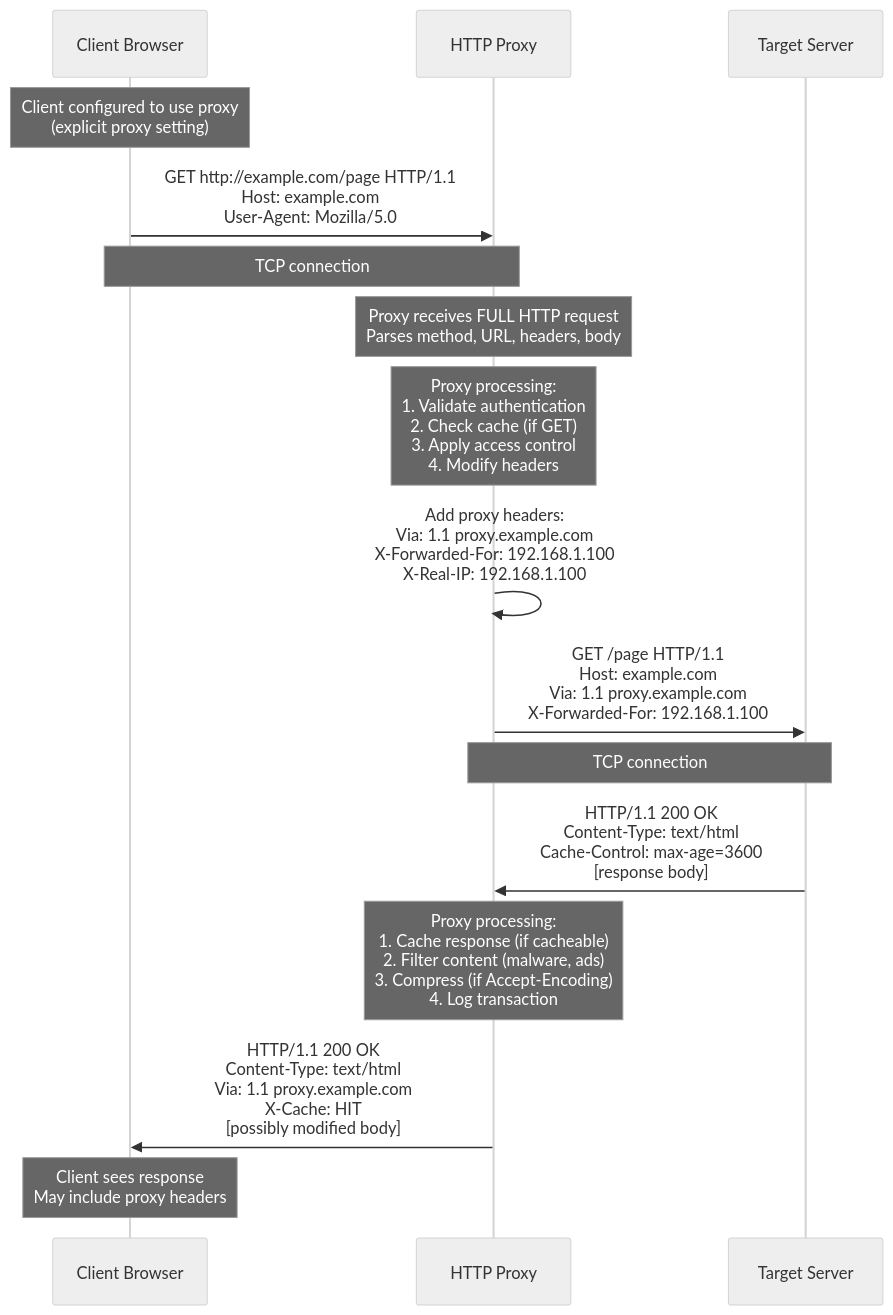
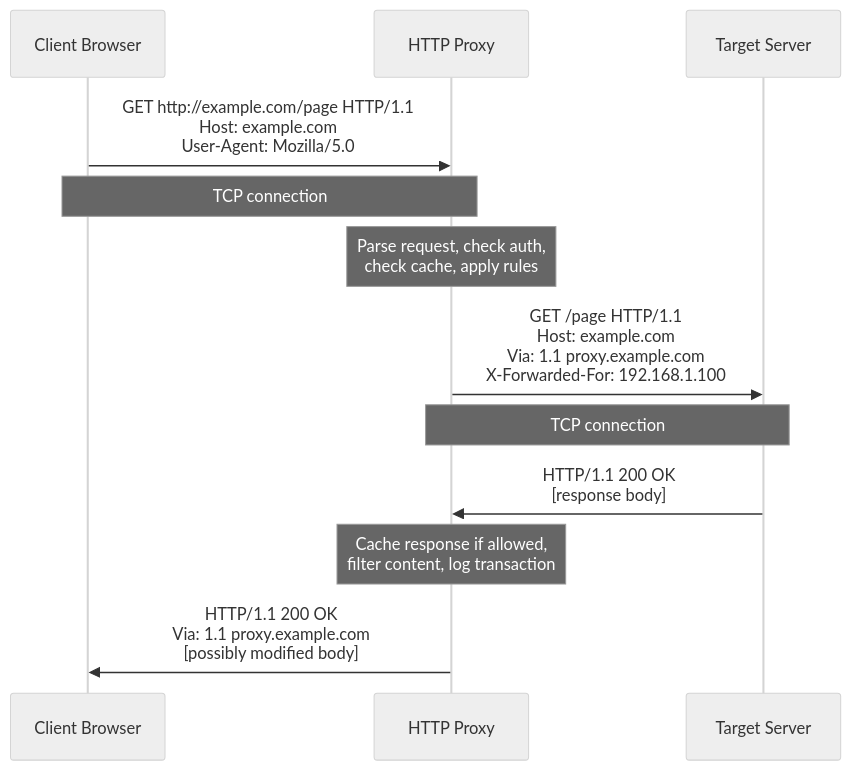
Before and after one commit to autoscrape-labs/pydoll: the first of 2 diagrams in docs/en/deep-dive/network/http-proxies.md, drawn with Mermaid (neutral theme). The commit also changed other lines of this file and 4 other files, not shown here.

````diff
--- a/docs/en/deep-dive/network/http-proxies.md
+++ b/docs/en/deep-dive/network/http-proxies.md
@@ -62,28 +23,20 @@
 ```mermaid
 sequenceDiagram
     participant Client as Client Browser
     participant Proxy as HTTP Proxy
     participant Server as Target Server
-    
-    Note over Client: Client configured to use proxy<br/>(explicit proxy setting)
-    
+
     Client->>Proxy: GET http://example.com/page HTTP/1.1<br/>Host: example.com<br/>User-Agent: Mozilla/5.0
-    Note over Client,Proxy: TCP connection #1:<br/>Client ⟷ Proxy
-    
-    Note over Proxy: Proxy receives FULL HTTP request<br/>Parses method, URL, headers, body
-    
-    Note over Proxy: Proxy processing:<br/>1. Validate authentication<br/>2. Check cache (if GET)<br/>3. Apply access control<br/>4. Modify headers
-    
-    Proxy->>Proxy: Add proxy headers:<br/>Via: 1.1 proxy.example.com<br/>X-Forwarded-For: 192.168.1.100<br/>X-Real-IP: 192.168.1.100
-    
+    Note over Client,Proxy: TCP connection #1
+
+    Note over Proxy: Parse request, check auth,<br/>check cache, apply rules
+
     Proxy->>Server: GET /page HTTP/1.1<br/>Host: example.com<br/>Via: 1.1 proxy.example.com<br/>X-Forwarded-For: 192.168.1.100
-    Note over Proxy,Server: TCP connection #2:<br/>Proxy ⟷ Server
-    
-    Server->>Proxy: HTTP/1.1 200 OK<br/>Content-Type: text/html<br/>Cache-Control: max-age=3600<br/>[response body]
-    
-    Note over Proxy: Proxy processing:<br/>1. Cache response (if cacheable)<br/>2. Filter content (malware, ads)<br/>3. Compress (if Accept-Encoding)<br/>4. Log transaction
-    
-    Proxy->>Client: HTTP/1.1 200 OK<br/>Content-Type: text/html<br/>Via: 1.1 proxy.example.com<br/>X-Cache: HIT<br/>[possibly modified body]
-    
-    Note over Client: Client sees response<br/>May include proxy headers
+    Note over Proxy,Server: TCP connection #2
+
+    Server->>Proxy: HTTP/1.1 200 OK<br/>[response body]
+
+    Note over Proxy: Cache response if allowed,<br/>filter content, log transaction
+
+    Proxy->>Client: HTTP/1.1 200 OK<br/>Via: 1.1 proxy.example.com<br/>[possibly modified body]
 ```
````
